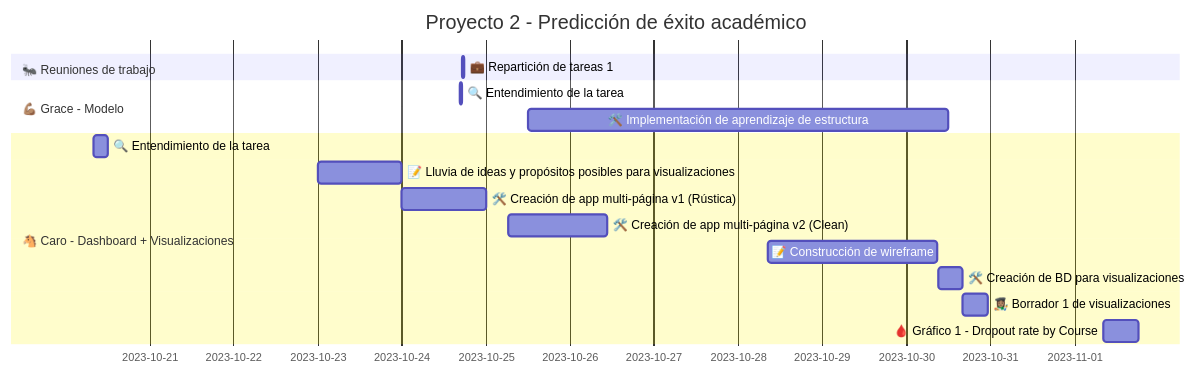
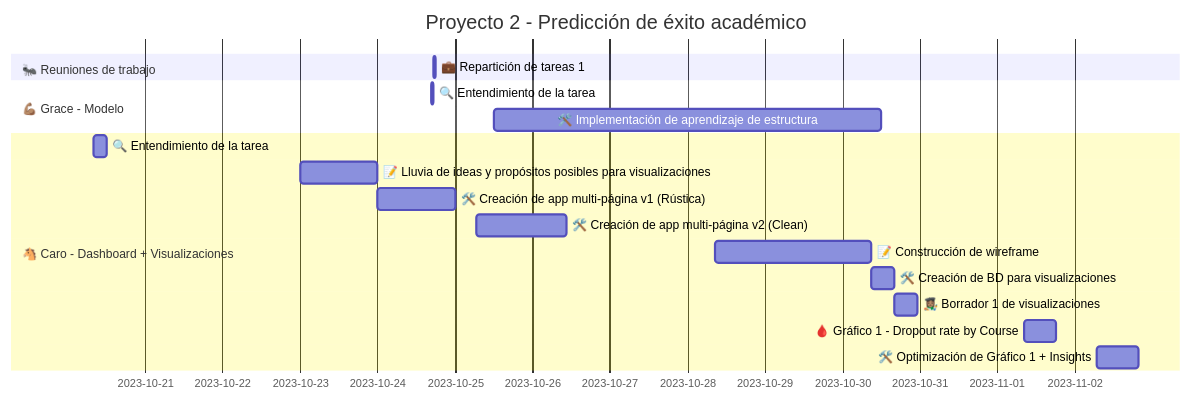
Before and after one commit to zcrodriguez/AC_IPP_P2: the diagram in README.md, drawn with Mermaid.

Commit message:
Actualización de README.md con avances de proyecto

````diff
--- a/README.md
+++ b/README.md
@@ -5,19 +5,20 @@
 ```mermaid
 gantt
     title Proyecto 2 - Predicción de éxito académico
     dateFormat  YYYY-MM-DD
     section 🐜 Reuniones de trabajo
     💼 Repartición de tareas 1:2023-10-24 17:21,30m
     section 💪🏽 Grace - Modelo
     🔍 Entendimiento de la tarea:2023-10-24 16:30,40m
     🛠️ Implementación de aprendizaje de estructura: 2023-10-25 12:00, 5d
     section 🐴 Caro - Dashboard + Visualizaciones
     🔍 Entendimiento de la tarea:2023-10-20 8:00,4h
     📝 Lluvia de ideas y propósitos posibles para visualizaciones:2023-10-23,1d
     🛠️ Creación de app multi-página v1 (Rústica):2023-10-24,1d
     🛠️ Creación de app multi-página v2 (Clean):2023-10-25 6:30, 28h
     📝 Construcción de wireframe:2023-10-28 8:30, 48.5h
     🛠️ Creación de BD para visualizaciones:2023-10-30 9:10, 7h
     👩🏽‍🎨 Borrador 1 de visualizaciones:2023-10-30 16:10, 7h
     🩸 Gráfico 1 - Dropout rate by Course:2023-11-1 8:20, 10h
+    🛠️ Optimización de Gráfico 1 + Insights:2023-11-2 6:50, 13h
 ```
````
